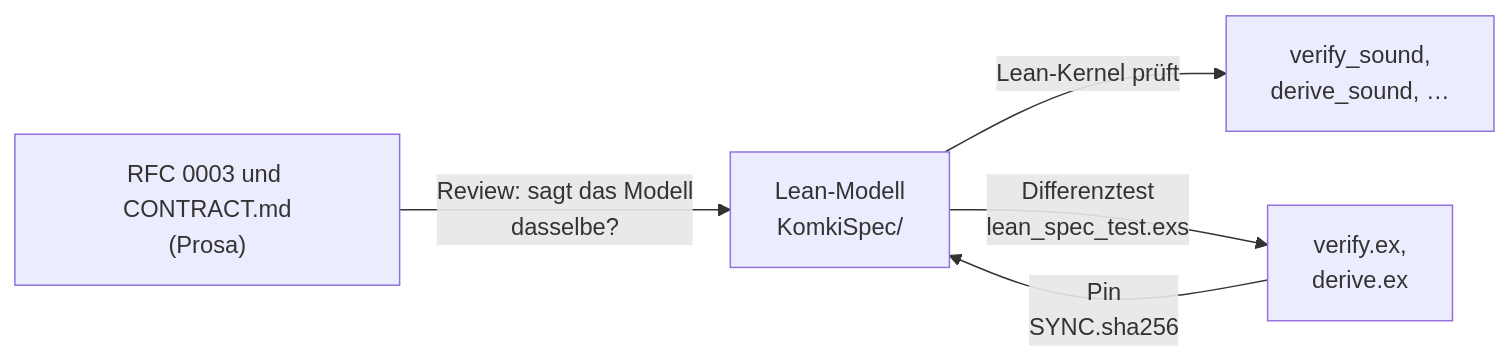
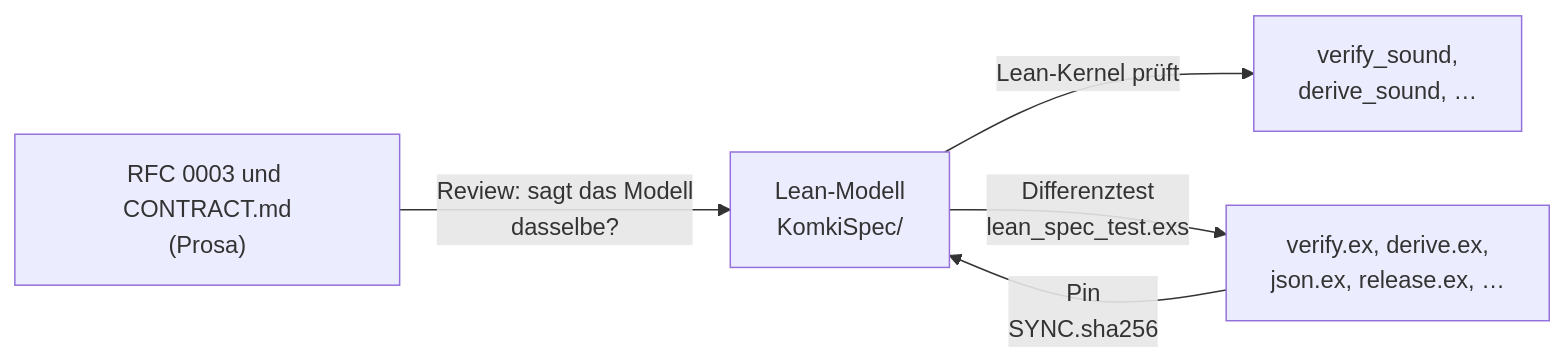
Before and after one commit to croesnick/kommunalpolitik_ki: the diagram in apps/komki_policy/lean/README.md, drawn with Mermaid. The commit also changed other lines of this file and 2 other files, not shown here.

First line of the commit message:
komki_policy: Review-Befunde zur JSON-Schicht (Ticket #629)

````diff
--- a/apps/komki_policy/lean/README.md
+++ b/apps/komki_policy/lean/README.md
@@ -69,7 +71,7 @@
 ```mermaid
 flowchart LR
   RFC["RFC 0003 und CONTRACT.md<br/>(Prosa)"] -->|"Review: sagt das Modell<br/>dasselbe?"| Modell["Lean-Modell<br/>KomkiSpec/"]
   Modell -->|"Lean-Kernel prüft"| Beweis["verify_sound,<br/>derive_sound, …"]
-  Modell -->|"Differenztest<br/>lean_spec_test.exs"| Elixir["verify.ex,<br/>derive.ex"]
+  Modell -->|"Differenztest<br/>lean_spec_test.exs"| Elixir["verify.ex, derive.ex,<br/>json.ex, release.ex, …"]
   Elixir -->|"Pin<br/>SYNC.sha256"| Modell
 ```
````
